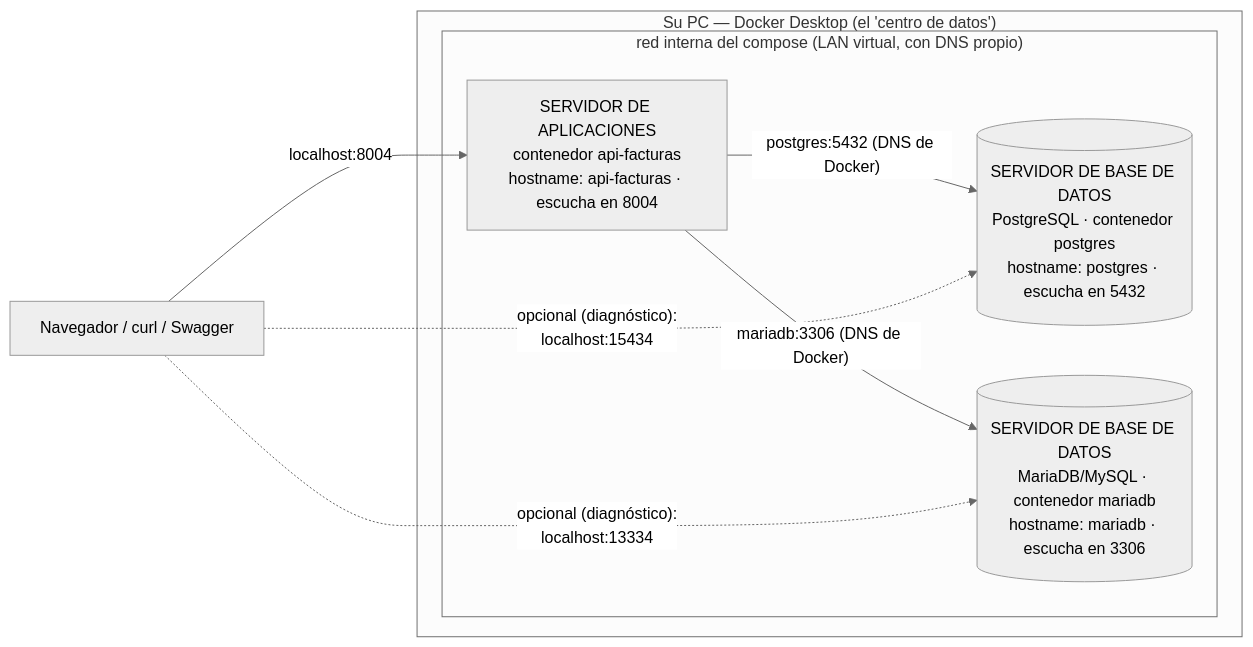
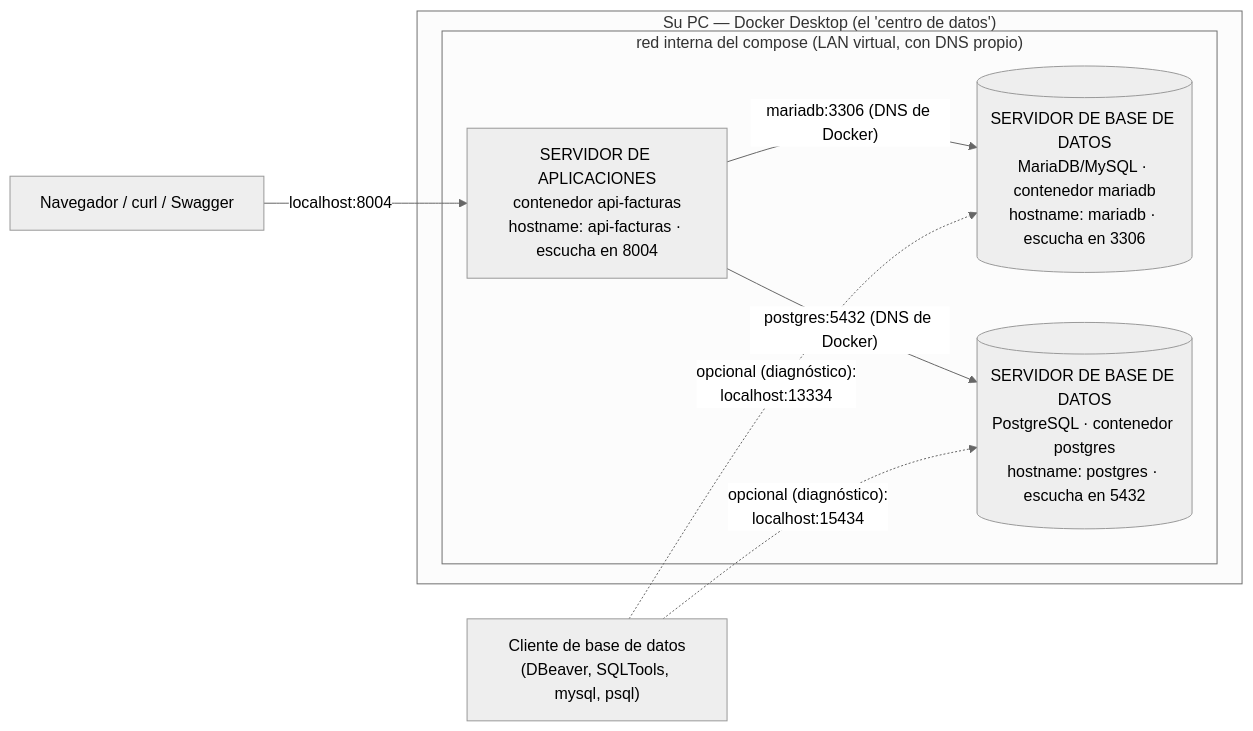
One commit to ccastro2050/proyecto_paradigmas3 changed the first of 2 diagrams in docs/CONCEPTOS_DOCKER.md. Above: the diagram before and after it, drawn with Mermaid (neutral theme). The commit also changed other lines of this file, not shown here.

First line of the commit message:
docs(docker): el diagrama sale del docker-compose real, y ninguna flecha miente

````diff
--- a/docs/CONCEPTOS_DOCKER.md
+++ b/docs/CONCEPTOS_DOCKER.md
@@ -195,16 +195,17 @@
 ```mermaid
 flowchart LR
     NAV["Navegador / curl / Swagger"]
+    CLIENTE["Cliente de base de datos<br/>(DBeaver, SQLTools, mysql, psql)"]
     subgraph PC["Su PC — Docker Desktop (el 'centro de datos')"]
         subgraph RED["red interna del compose (LAN virtual, con DNS propio)"]
             APIFACTURAS["SERVIDOR DE APLICACIONES<br/>contenedor api-facturas<br/>hostname: api-facturas · escucha en 8004"]
+            MARIADB[("SERVIDOR DE BASE DE DATOS<br/>MariaDB/MySQL · contenedor mariadb<br/>hostname: mariadb · escucha en 3306")]
             POSTGRES[("SERVIDOR DE BASE DE DATOS<br/>PostgreSQL · contenedor postgres<br/>hostname: postgres · escucha en 5432")]
-            MARIADB[("SERVIDOR DE BASE DE DATOS<br/>MariaDB/MySQL · contenedor mariadb<br/>hostname: mariadb · escucha en 3306")]
         end
     end
     NAV -->|"localhost:8004"| APIFACTURAS
+    APIFACTURAS -->|"mariadb:3306 (DNS de Docker)"| MARIADB
     APIFACTURAS -->|"postgres:5432 (DNS de Docker)"| POSTGRES
-    APIFACTURAS -->|"mariadb:3306 (DNS de Docker)"| MARIADB
-    NAV -.->|"opcional (diagnóstico):<br/>localhost:15434"| POSTGRES
-    NAV -.->|"opcional (diagnóstico):<br/>localhost:13334"| MARIADB
+    CLIENTE -.->|"opcional (diagnóstico):<br/>localhost:13334"| MARIADB
+    CLIENTE -.->|"opcional (diagnóstico):<br/>localhost:15434"| POSTGRES
 ```
````
